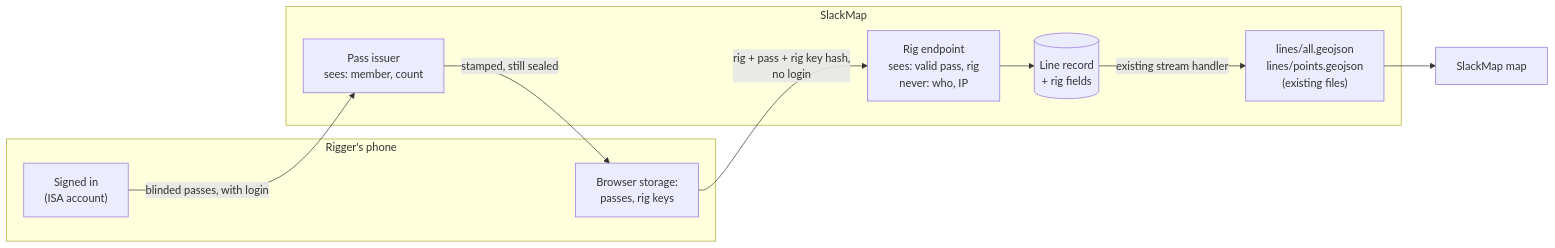
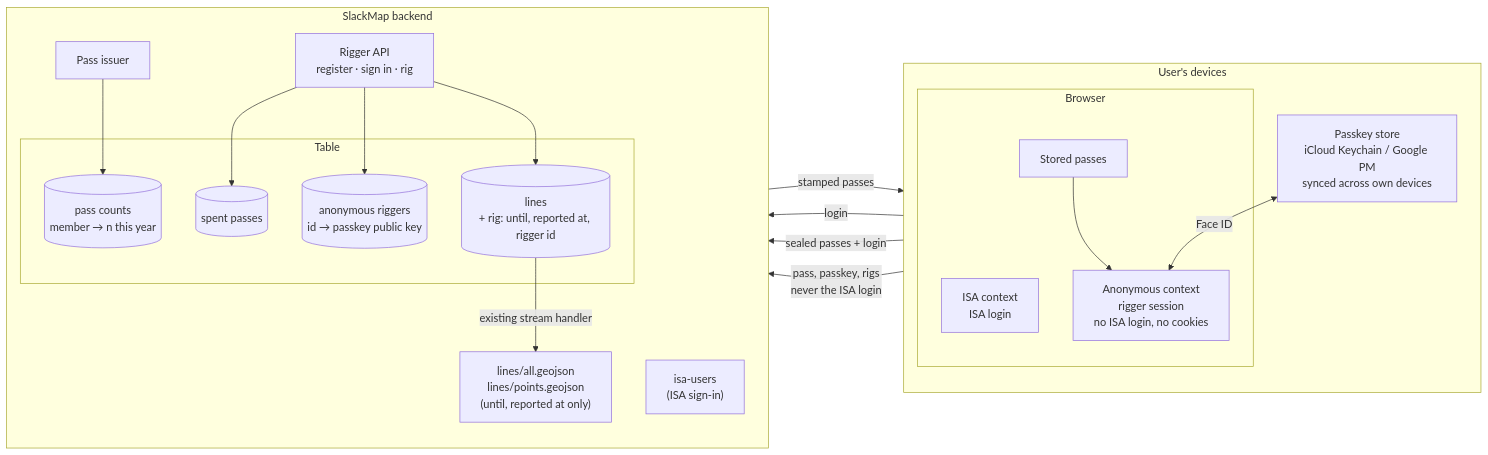
The first of 10 diagrams in specs/slackmap-live-lines/flows.md (International-Slackline-Association/isa), drawn with Mermaid before and after one commit. The commit also changed other lines of this file and 5 other files, not shown here.

Commit message:
specs/slackmap-live-lines: rigs belong to an anonymous rigger passkey created once with a blind pass; flows split into architecture and user views; anonymity, wireframe text and decisions follow

````diff
--- a/specs/slackmap-live-lines/flows.md
+++ b/specs/slackmap-live-lines/flows.md
@@ -7,21 +11,38 @@
 ```mermaid
 flowchart LR
-    subgraph Phone["Rigger's phone"]
-        Signed["Signed in<br/>(ISA account)"]
-        Store["Browser storage:<br/>passes, rig keys"]
+    subgraph Device["User's devices"]
+        direction TB
+        subgraph Browser["Browser"]
+            ISACtx["ISA context<br/>ISA login"]
+            AnonCtx["Anonymous context<br/>rigger session<br/>no ISA login, no cookies"]
+            Passes["Stored passes"]
+        end
+        Keychain["Passkey store<br/>iCloud Keychain / Google PM<br/>synced across own devices"]
     end
 
-    subgraph ISA["SlackMap"]
-        Issuer["Pass issuer<br/>sees: member, count"]
-        RigAPI["Rig endpoint<br/>sees: valid pass, rig<br/>never: who, IP"]
-        Line[("Line record<br/>+ rig fields")]
-        File["lines/all.geojson<br/>lines/points.geojson<br/>(existing files)"]
+    subgraph ISA["SlackMap backend"]
+        direction TB
+        Cognito["isa-users<br/>(ISA sign-in)"]
+        Issuer["Pass issuer"]
+        RiggerAPI["Rigger API<br/>register · sign in · rig"]
+        subgraph Table["Table"]
+            Counts[("pass counts<br/>member → n this year")]
+            Spent[("spent passes")]
+            Riggers[("anonymous riggers<br/>id → passkey public key")]
+            Lines[("lines<br/>+ rig: until, reported at, rigger id")]
+        end
+        Files["lines/all.geojson<br/>lines/points.geojson<br/>(until, reported at only)"]
     end
 
-    Map["SlackMap map"]
-
-    Signed -- "blinded passes, with login" --> Issuer
-    Issuer -- "stamped, still sealed" --> Store
-    Store -- "rig + pass + rig key hash,<br/>no login" --> RigAPI
-    RigAPI --> Line -- "existing stream handler" --> File --> Map
+    ISACtx -- login --> Cognito
+    ISACtx -- "sealed passes + login" --> Issuer
+    Issuer --> Counts
+    Issuer -- "stamped passes" --> Passes
+    Passes --> AnonCtx
+    Keychain <-->|Face ID| AnonCtx
+    AnonCtx -- "pass, passkey, rigs<br/>never the ISA login" --> RiggerAPI
+    RiggerAPI --> Spent
+    RiggerAPI --> Riggers
+    RiggerAPI --> Lines
+    Lines -- "existing stream handler" --> Files
 ```
````
